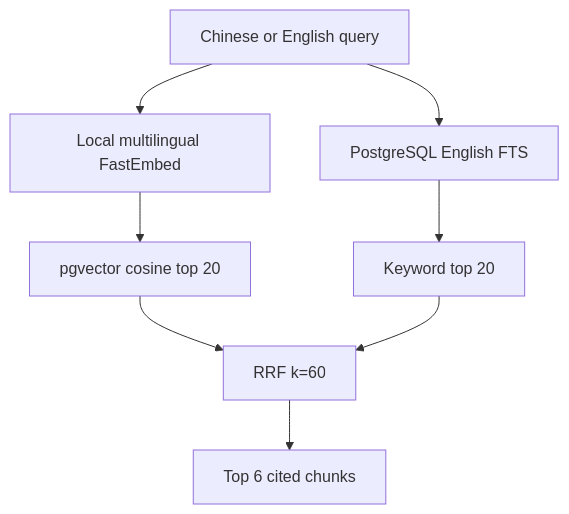
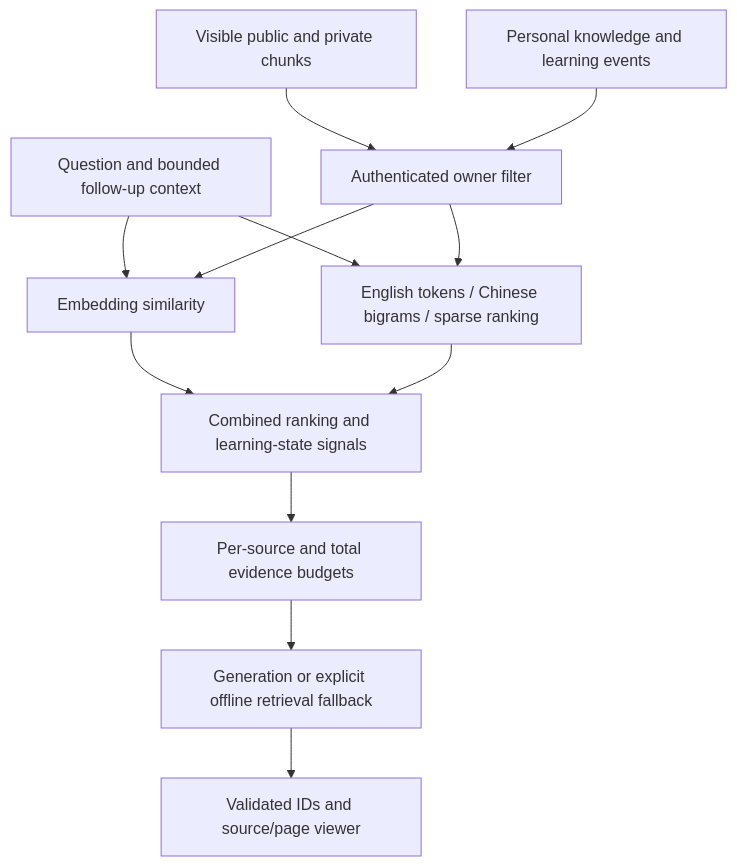
One commit to Swordmynew/IELTS-learning-assistant changed the third of 4 diagrams in docs/ARCHITECTURE.md. Above: the diagram before and after it, drawn with Mermaid. The commit also changed other lines of this file and 65 other files, not shown here.

````diff
--- a/docs/ARCHITECTURE.md
+++ b/docs/ARCHITECTURE.md
@@ -59,10 +60,14 @@
 ```mermaid
 flowchart TD
-  Q[Chinese or English query] --> E[Local multilingual FastEmbed]
-  Q --> FTS[PostgreSQL English FTS]
-  E --> Dense[pgvector cosine top 20]
-  FTS --> Sparse[Keyword top 20]
-  Dense --> RRF[RRF k=60]
-  Sparse --> RRF
-  RRF --> Top[Top 6 cited chunks]
+  Q[Question and bounded follow-up context] --> V[Embedding similarity]
+  Q --> K[English tokens / Chinese bigrams / sparse ranking]
+  Docs[Visible public and private chunks] --> Filter[Authenticated owner filter]
+  Memory[Personal knowledge and learning events] --> Filter
+  Filter --> V
+  Filter --> K
+  V --> Rank[Combined ranking and learning-state signals]
+  K --> Rank
+  Rank --> Budget[Per-source and total evidence budgets]
+  Budget --> Generate[Generation or explicit offline retrieval fallback]
+  Generate --> Cite[Validated IDs and source/page viewer]
 ```
````
